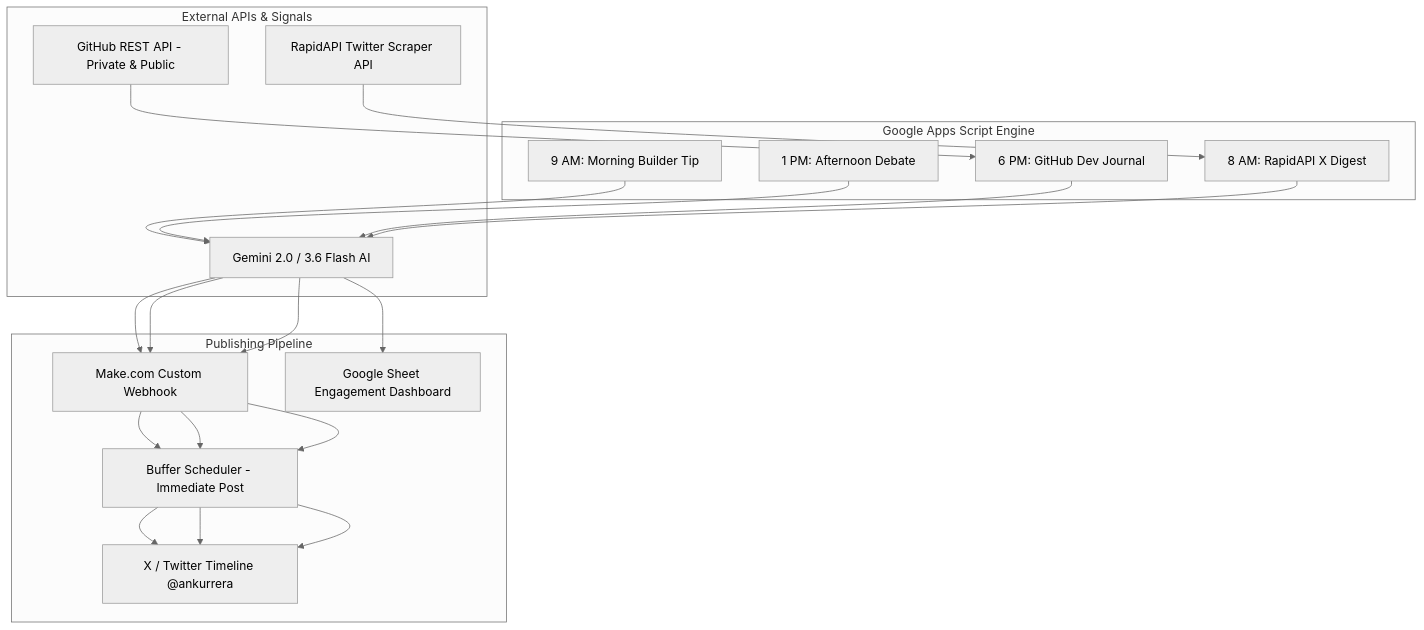
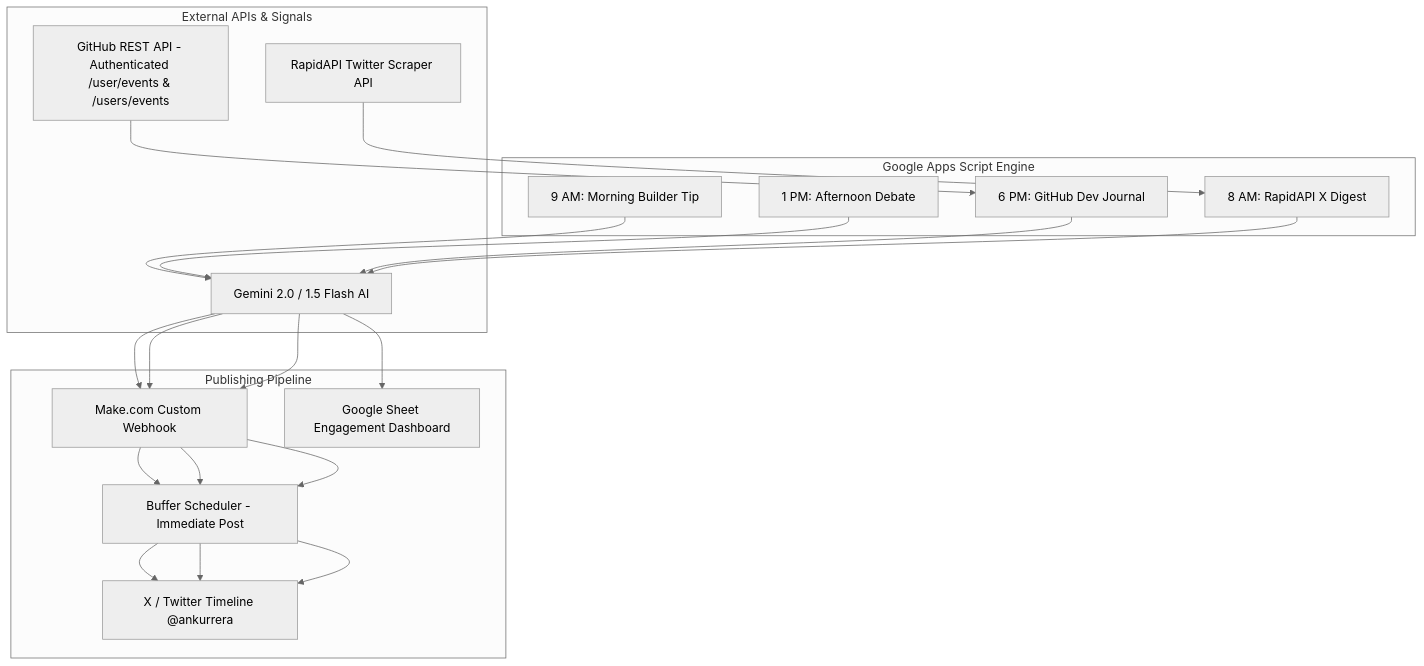
One commit to ankurrera/Google-App-Scripts changed the diagram in x-auto-poster/README.md. Above: the diagram before and after it, drawn with Mermaid (neutral theme). The commit also changed other lines of this file and 3 other files, not shown here.

````diff
--- a/x-auto-poster/README.md
+++ b/x-auto-poster/README.md
@@ -11,27 +11,27 @@
 ```mermaid
 flowchart TD
     subgraph Google Apps Script Engine
         A1[9 AM: Morning Builder Tip]
         A2[1 PM: Afternoon Debate]
         A3[6 PM: GitHub Dev Journal]
         A4[8 AM: RapidAPI X Digest]
     end
 
     subgraph External APIs & Signals
-        G1[Gemini 2.0 / 3.6 Flash AI]
-        G2[GitHub REST API - Private & Public]
+        G1[Gemini 2.0 / 1.5 Flash AI]
+        G2[GitHub REST API - Authenticated /user/events & /users/events]
         G3[RapidAPI Twitter Scraper API]
     end
 
     subgraph Publishing Pipeline
         W[Make.com Custom Webhook]
         B[Buffer Scheduler - Immediate Post]
         X[X / Twitter Timeline @ankurrera]
         S[Google Sheet Engagement Dashboard]
     end
 
     A1 --> G1 --> W --> B --> X
     A2 --> G1 --> W --> B --> X
     G2 --> A3 --> G1 --> W --> B --> X
     G3 --> A4 --> G1 --> S
 ```
````
